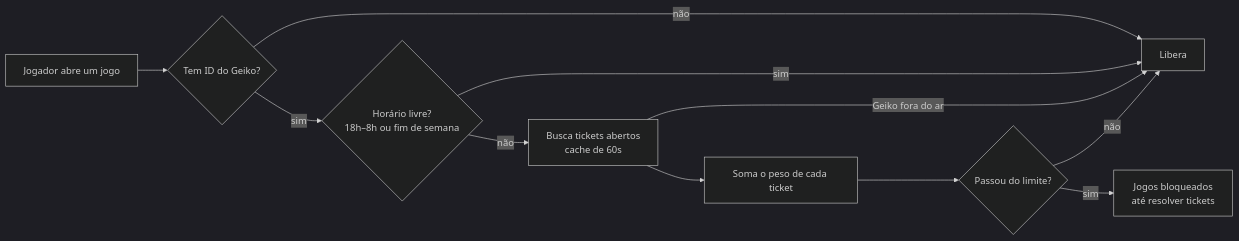
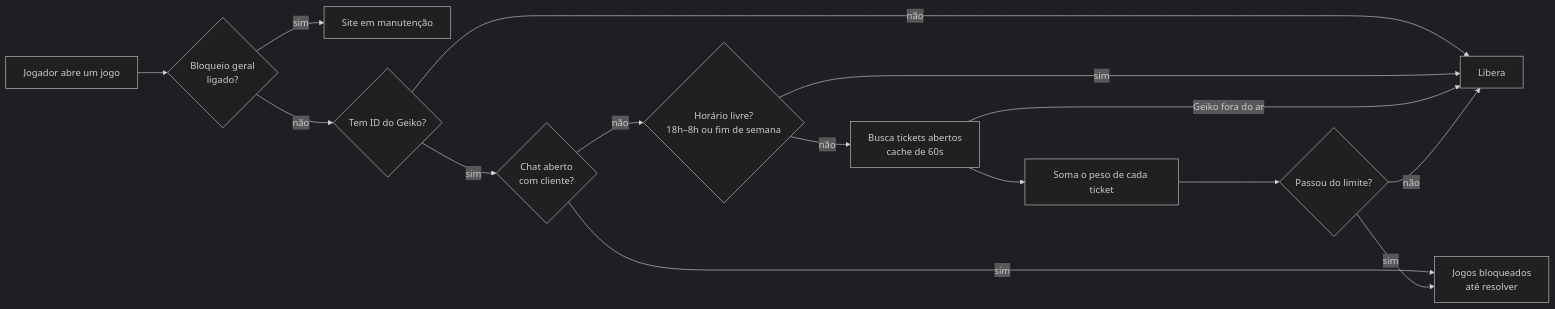
Before and after one commit to PainN04/MicroGames: the first of 2 diagrams in README.md, drawn with Mermaid (dark theme). The commit also changed other lines of this file and 12 other files, not shown here.

First line of the commit message:
docs: README atualizado com os jogos, telas e prints atuais

````diff
--- a/README.md
+++ b/README.md
@@ -192,13 +210,17 @@
 ```mermaid
 flowchart LR
-    A[Jogador abre um jogo] --> B{Tem ID do Geiko?}
+    A[Jogador abre um jogo] --> L{Bloqueio geral<br/>ligado?}
+    L -- sim --> M[Site em manutenção]
+    L -- não --> B{Tem ID do Geiko?}
     B -- não --> OK[Libera]
-    B -- sim --> H{Horário livre?<br/>18h–8h ou fim de semana}
+    B -- sim --> CH{Chat aberto<br/>com cliente?}
+    CH -- sim --> X
+    CH -- não --> H{Horário livre?<br/>18h–8h ou fim de semana}
     H -- sim --> OK
     H -- não --> C[Busca tickets abertos<br/>cache de 60s]
     C -->|Geiko fora do ar| OK
     C --> D[Soma o peso de cada ticket]
     D --> E{Passou do limite?}
     E -- não --> OK
-    E -- sim --> X[Jogos bloqueados<br/>até resolver tickets]
+    E -- sim --> X[Jogos bloqueados<br/>até resolver]
 ```
````
